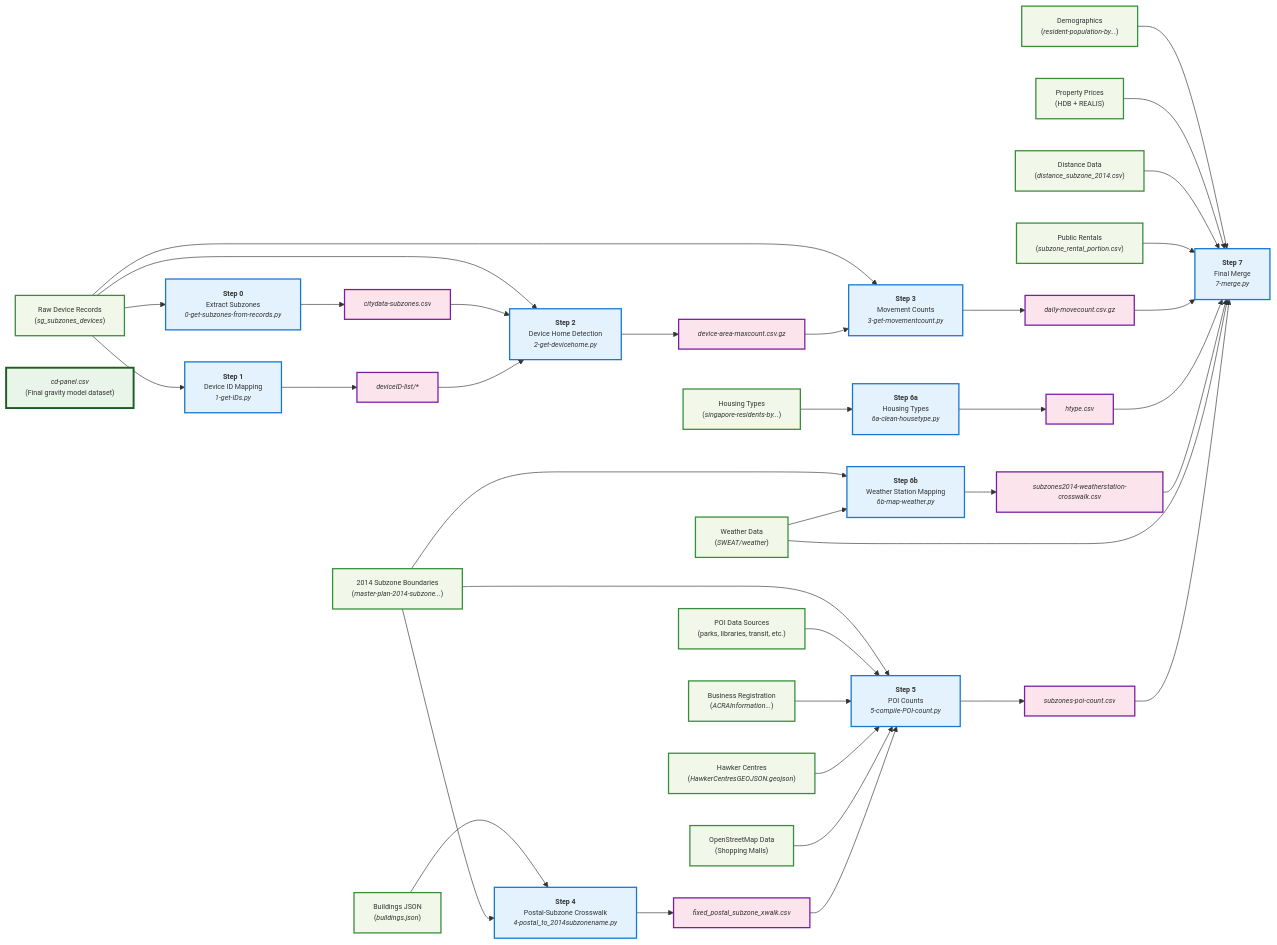
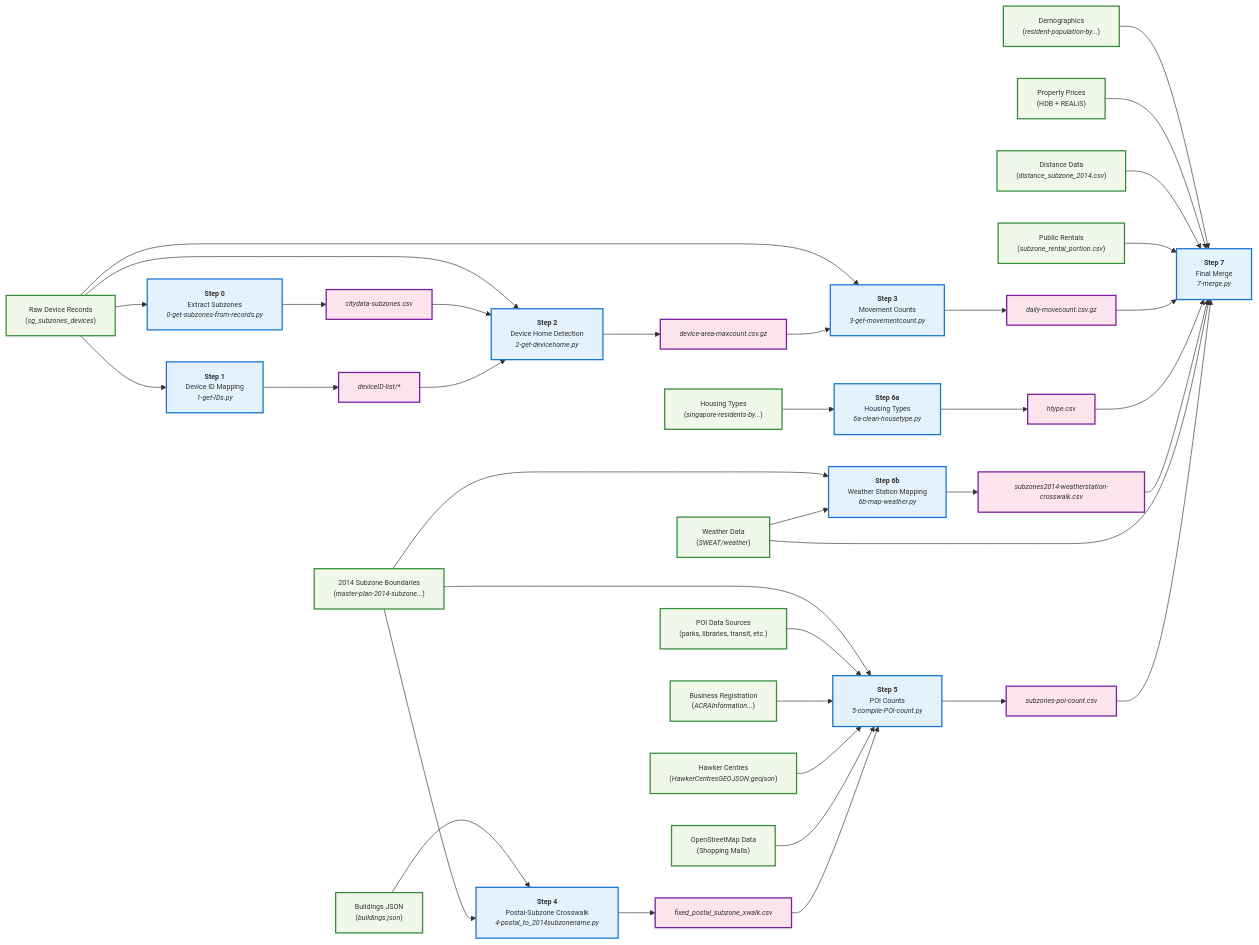
Before and after one commit to LSYS/nbhmv: the diagram in assets/build-pipeline.mmd, drawn with Mermaid. The commit also changed 2 other files, not shown here.

```diff
--- a/assets/build-pipeline.mmd
+++ b/assets/build-pipeline.mmd
@@ -1,100 +1,100 @@
 %%{init: {"flowchart": {"htmlLabels": true}}}%%
 graph LR
     %% Raw Data Sources
     RawDevices["Raw Device Records<br/>(<i>sg_subzones_devices</i>)"]
     Buildings["Buildings JSON<br/>(<i>buildings.json</i>)"]
     Subzones2014["2014 Subzone Boundaries<br/>(<i>master-plan-2014-subzone...</i>)"]
     Weather["Weather Data<br/>(<i>SWEAT/weather</i>)"]
     Demographics["Demographics<br/>(<i>resident-population-by...</i>)"]
     Housing["Housing Types<br/>(<i>singapore-residents-by...</i>)"]
     POIData["POI Data Sources<br/>(parks, libraries, transit, etc.)"]
     BusinessReg["Business Registration<br/>(<i>ACRAInformation...</i>)"]
     PropertyPrices["Property Prices<br/>(HDB + REALIS)"]
     DistanceData["Distance Data<br/>(<i>distance_subzone_2014.csv</i>)"]
     PubRentals["Public Rentals<br/>(<i>subzone_rental_portion.csv</i>)"]
     HawkerData["Hawker Centres<br/>(<i>HawkerCentresGEOJSON.geojson</i>)"]
     OSMData["OpenStreetMap Data<br/>(Shopping Malls)"]
 
     %% File Processing
     File0["<b>Step 0</b><br/>Extract Subzones<br/><i>0-get-subzones-from-records.py</i>"]
     File1["<b>Step 1</b><br/>Device ID Mapping<br/><i>1-get-IDs.py</i>"]
     File2["<b>Step 2</b><br/>Device Home Detection<br/><i>2-get-devicehome.py</i>"]
     File3["<b>Step 3</b><br/>Movement Counts<br/><i>3-get-movementcount.py</i>"]
     File4["<b>Step 4</b><br/>Postal-Subzone Crosswalk<br/><i>4-postal_to_2014subzonename.py</i>"]
     File5["<b>Step 5</b><br/>POI Counts<br/><i>5-compile-POI-count.py</i>"]
     File6a["<b>Step 6a</b><br/>Housing Types<br/><i>6a-clean-housetype.py</i>"]
     File6b["<b>Step 6b</b><br/>Weather Station Mapping<br/><i>6b-map-weather.py</i>"]
     File7["<b>Step 7</b><br/>Final Merge<br/><i>7-merge.py</i>"]
 
     %% Intermediate Files
     SubzoneList["<i>citydata-subzones.csv</i>"]
     DeviceIDs["<i>deviceID-list/*</i>"]
     DeviceHomes["<i>device-area-maxcount.csv.gz</i>"]
     MovementCounts["<i>daily-movecount.csv.gz</i>"]
     PostalCrosswalk["<i>fixed_postal_subzone_xwalk.csv</i>"]
     POICounts["<i>subzones-poi-count.csv</i>"]
     HousingTypes["<i>htype.csv</i>"]
     WeatherCrosswalk["<i>subzones2014-weatherstation-crosswalk.csv</i>"]
 
     %% Final Output
-    FinalPanel["<i>cd-panel.csv</i><br/>(Final gravity model dataset)"]
+    %% FinalPanel["<i>cd-panel.csv</i><br/>(Final gravity model dataset)"]
 
     %% Dependencies
     RawDevices --> File0
     RawDevices --> File1
     RawDevices --> File2
     RawDevices --> File3
 
     Buildings --> File4
     Subzones2014 --> File4
     Subzones2014 --> File5
     Subzones2014 --> File6b
 
     Weather --> File6b
     Demographics --> File7
     Housing --> File6a
     POIData --> File5
     BusinessReg --> File5
     PropertyPrices --> File7
     DistanceData --> File7
     PubRentals --> File7
     HawkerData --> File5
     OSMData --> File5
 
     %% Intermediate file creation
     File0 --> SubzoneList
     File1 --> DeviceIDs
     File2 --> DeviceHomes
     File3 --> MovementCounts
     File4 --> PostalCrosswalk
     File5 --> POICounts
     File6a --> HousingTypes
     File6b --> WeatherCrosswalk
 
     %% Intermediate file usage
     SubzoneList --> File2
     DeviceIDs --> File2
     PostalCrosswalk --> File5
     DeviceHomes --> File3
 
     %% Final merge dependencies
     MovementCounts --> File7
     HousingTypes --> File7
     WeatherCrosswalk --> File7
     Weather --> File7
     POICounts --> File7
 
     %% Final output
     %% File7 --> FinalPanel
 
     %% Styling
     classDef pyfile fill:#e3f2fd,stroke:#1976d2,stroke-width:2px
     classDef raw fill:#f1f8e9,stroke:#388e3c,stroke-width:2px
     classDef intermediate fill:#fce4ec,stroke:#7b1fa2,stroke-width:2px
     classDef final fill:#e8f5e8,stroke:#1b5e20,stroke-width:3px
     classDef default fill:#e3f2fd,stroke:#1976d2,stroke-width:2px,font-size:11px,padding:0px
 
     class File0,File1,File2,File3,File4,File5,File6a,File6b,File7 pyfile
     class RawDevices,Buildings,Subzones2014,Weather,Demographics,Housing,POIData,BusinessReg,PropertyPrices,DistanceData,PubRentals,HawkerData,OSMData raw
     class SubzoneList,DeviceIDs,DeviceHomes,MovementCounts,PostalCrosswalk,POICounts,HousingTypes,WeatherCrosswalk intermediate
     class FinalPanel final
```
